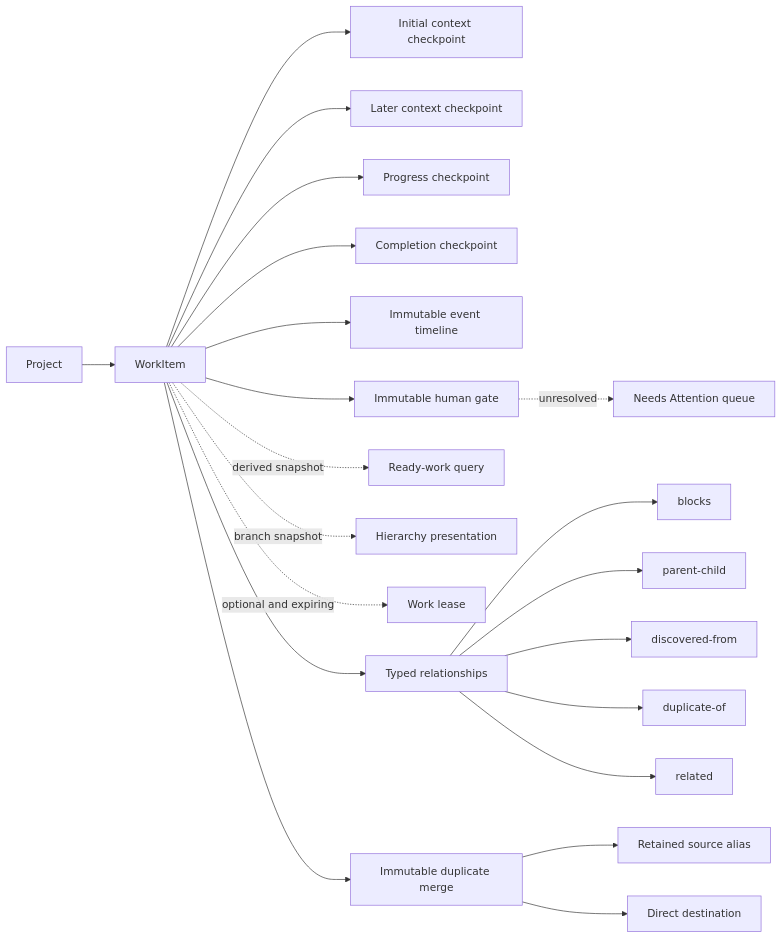
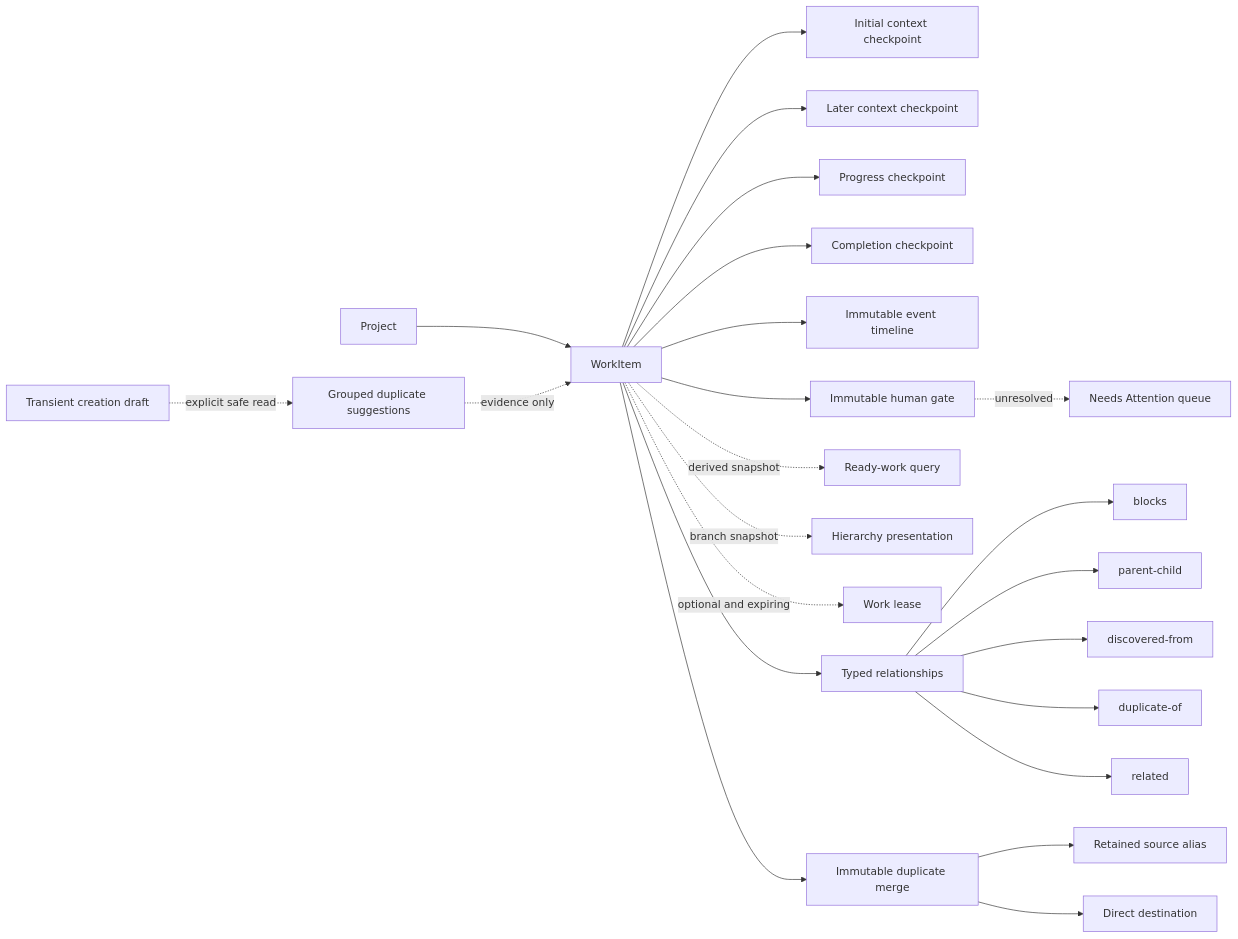
Before and after one commit to RightBrain-Networks/mnemonic: the first of 2 diagrams in docs/architecture.md, drawn with Mermaid. The commit also changed other lines of this file and 74 other files, not shown here.

Commit message:
Complete Phase 9 duplicate suggestions

````diff
--- a/docs/architecture.md
+++ b/docs/architecture.md
@@ -16,23 +15,25 @@
 ```mermaid
 flowchart LR
     Project --> WorkItem
     WorkItem --> Initial[Initial context checkpoint]
     WorkItem --> Context[Later context checkpoint]
     WorkItem --> Progress[Progress checkpoint]
     WorkItem --> Completion[Completion checkpoint]
     WorkItem --> Event[Immutable event timeline]
     WorkItem --> Gate[Immutable human gate]
     Gate -. unresolved .-> Attention[Needs Attention queue]
     WorkItem -. derived snapshot .-> Ready[Ready-work query]
     WorkItem -. branch snapshot .-> Presentation[Hierarchy presentation]
     WorkItem -. optional and expiring .-> Lease[Work lease]
     WorkItem --> Graph[Typed relationships]
     Graph --> Blocks[blocks]
     Graph --> Parent[parent-child]
     Graph --> Discovery[discovered-from]
     Graph --> Duplicate[duplicate-of]
     Graph --> Related[related]
     WorkItem --> Merge[Immutable duplicate merge]
     Merge --> Alias[Retained source alias]
     Merge --> Canonical[Direct destination]
+    Draft[Transient creation draft] -. explicit safe read .-> Suggestion[Grouped duplicate suggestions]
+    Suggestion -. evidence only .-> WorkItem
 ```
````
